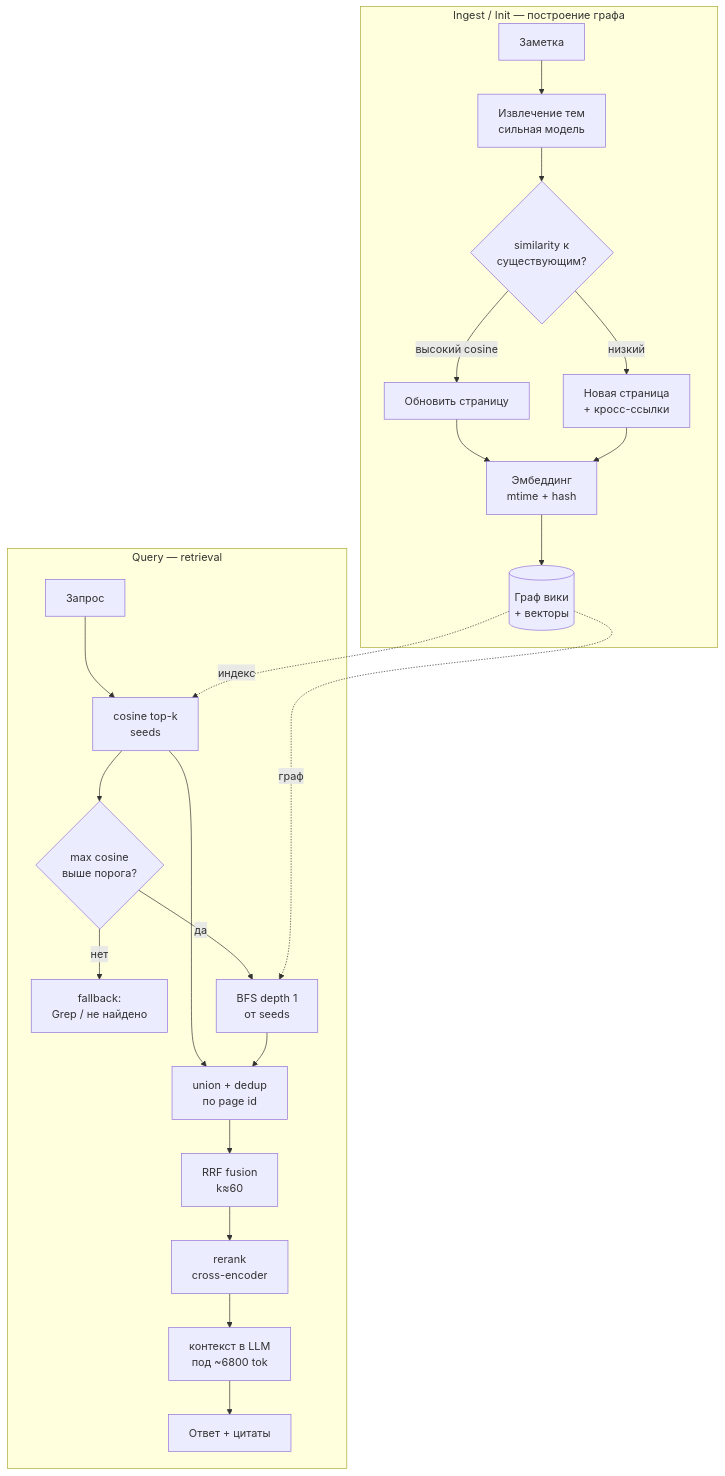
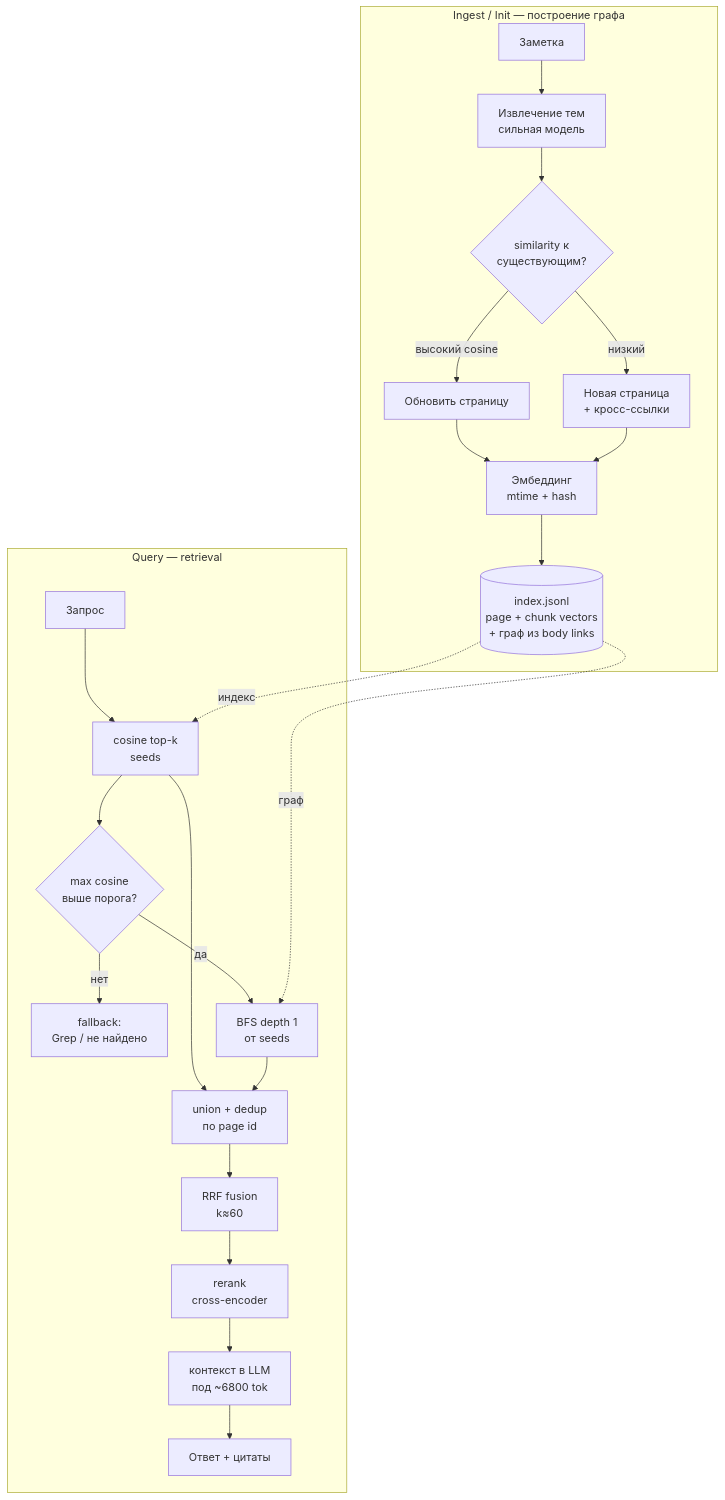
Before and after one commit to ikeniborn/obsidian-ai-wiki: the diagram in docs/rag-quality-recommendations.md, drawn with Mermaid. The commit also changed other lines of this file and 1 other file, not shown here.

Commit message:
docs(storage): document jsonl domain storage

````diff
--- a/docs/rag-quality-recommendations.md
+++ b/docs/rag-quality-recommendations.md
@@ -51,28 +53,28 @@
 ```mermaid
 flowchart TD
     subgraph Ingest["Ingest / Init — построение графа"]
         N[Заметка] --> EX[Извлечение тем<br/>сильная модель]
         EX --> DD{similarity к<br/>существующим?}
         DD -->|высокий cosine| UP[Обновить страницу]
         DD -->|низкий| NW[Новая страница<br/>+ кросс-ссылки]
         UP --> EMB[Эмбеддинг<br/>mtime + hash]
         NW --> EMB
-        EMB --> IDX[(Граф вики<br/>+ векторы)]
+        EMB --> IDX[(index.jsonl<br/>page + chunk vectors<br/>+ граф из body links)]
     end
 
     subgraph Query["Query — retrieval"]
         Q[Запрос] --> VS[cosine top-k<br/>seeds]
         VS --> TH{max cosine<br/>выше порога?}
         TH -->|нет| FB[fallback:<br/>Grep / не найдено]
         TH -->|да| BFS[BFS depth 1<br/>от seeds]
         VS --> UN[union + dedup<br/>по page id]
         BFS --> UN
         UN --> RRF[RRF fusion<br/>k≈60]
         RRF --> RR[rerank<br/>cross-encoder]
         RR --> CTX[контекст в LLM<br/>под ~6800 tok]
         CTX --> ANS[Ответ + цитаты]
     end
 
     IDX -.индекс.-> VS
     IDX -.граф.-> BFS
 ```
````
